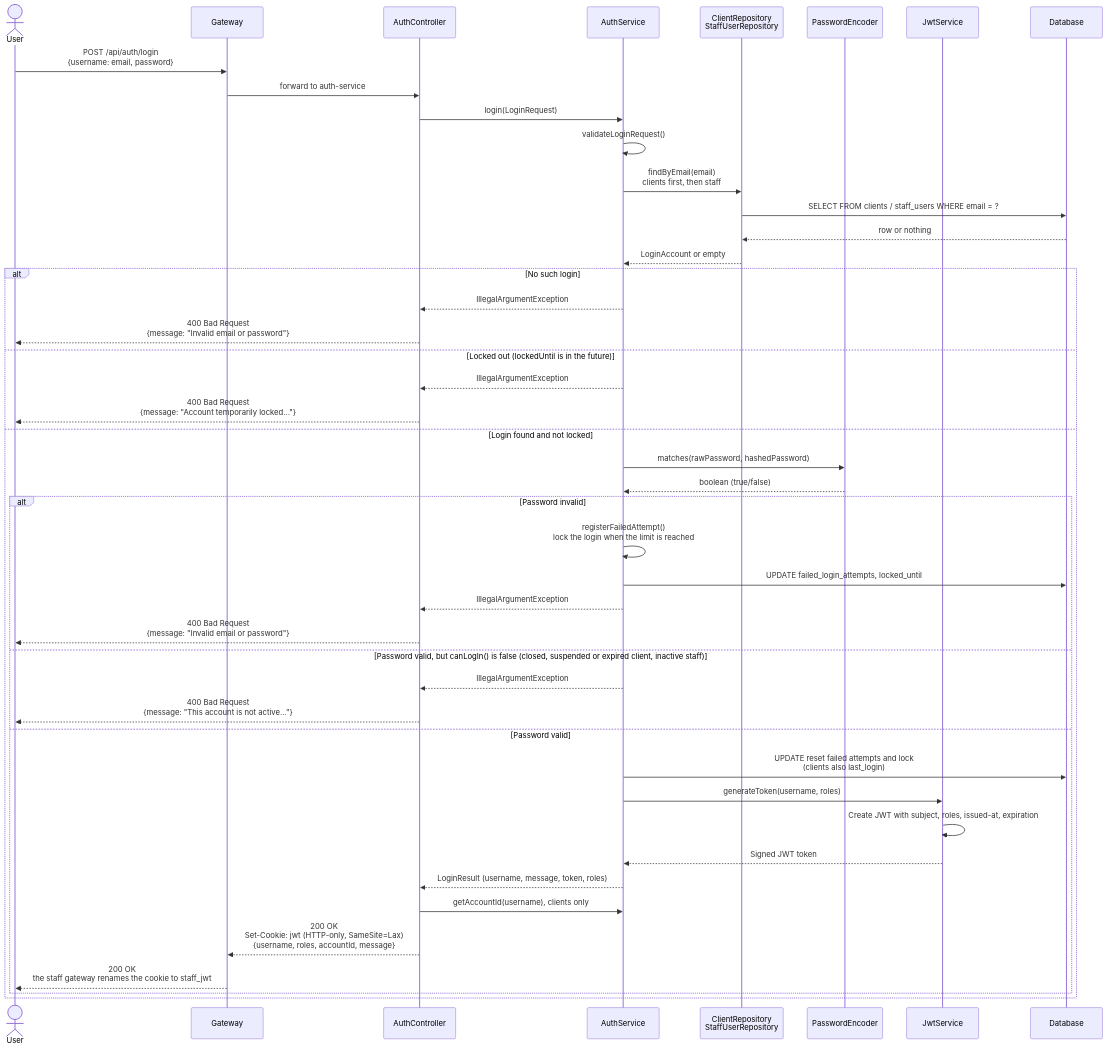
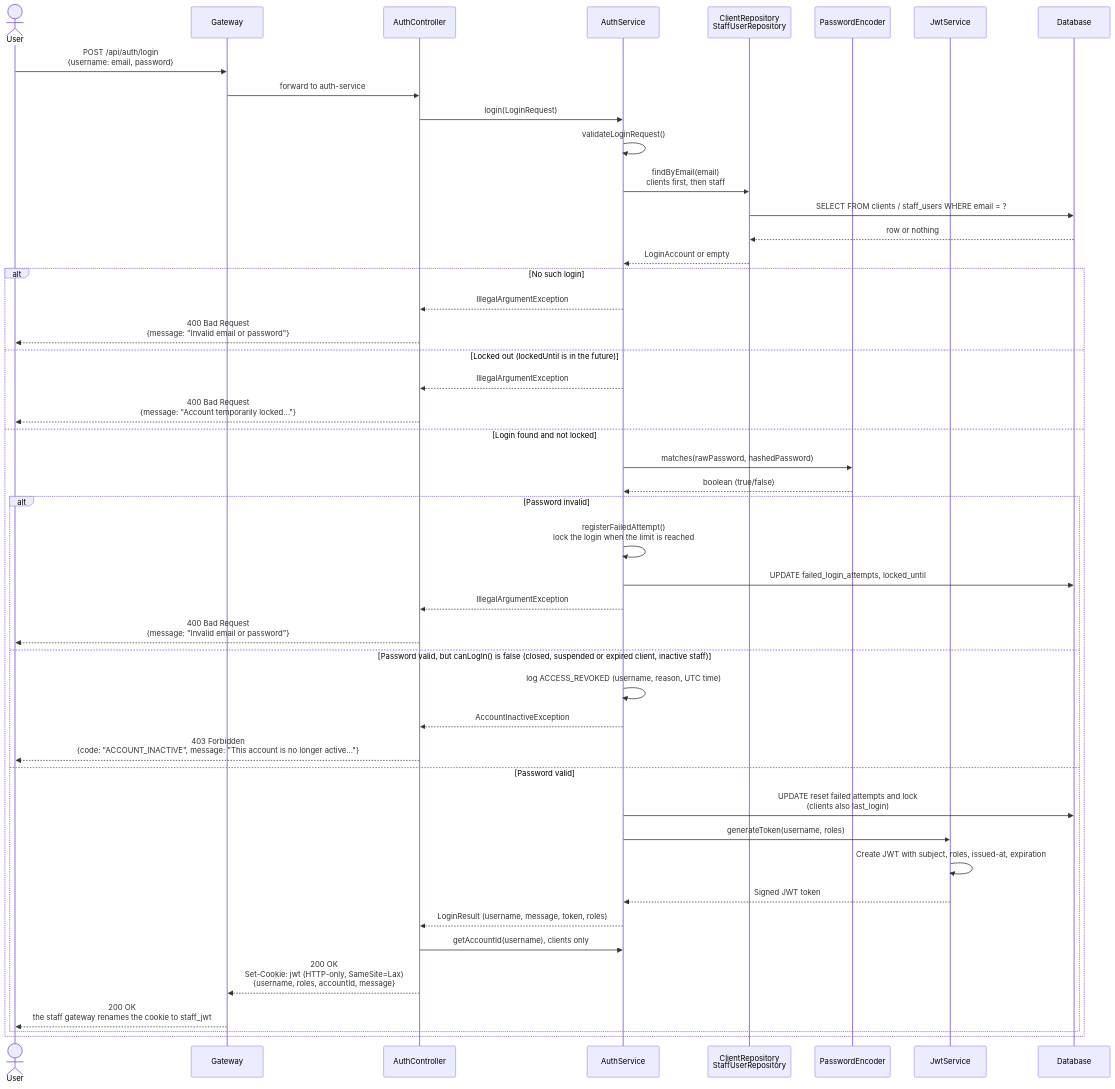
Before and after one commit to aditya0774/LeMarketJames: the third of 5 diagrams in README.md, drawn with Mermaid. The commit also changed 9 other files, not shown here.

Commit message:
LMKT-57: refuse inactive accounts at sign-in with ACCOUNT_INACTIVE

````diff
--- a/README.md
+++ b/README.md
@@ -1279,49 +1279,50 @@
 ```mermaid
 sequenceDiagram
     actor User
     participant Gateway
     participant AuthController
     participant AuthService
     participant Repositories as ClientRepository<br/>StaffUserRepository
     participant PasswordEncoder
     participant JwtService
     participant Database
 
     User->>Gateway: POST /api/auth/login<br/>{username: email, password}
     Gateway->>AuthController: forward to auth-service
     AuthController->>AuthService: login(LoginRequest)
     AuthService->>AuthService: validateLoginRequest()
     AuthService->>Repositories: findByEmail(email)<br/>clients first, then staff
     Repositories->>Database: SELECT FROM clients / staff_users WHERE email = ?
     Database-->>Repositories: row or nothing
     Repositories-->>AuthService: LoginAccount or empty
 
     alt No such login
         AuthService-->>AuthController: IllegalArgumentException
         AuthController-->>User: 400 Bad Request<br/>{message: "Invalid email or password"}
     else Locked out (lockedUntil is in the future)
         AuthService-->>AuthController: IllegalArgumentException
         AuthController-->>User: 400 Bad Request<br/>{message: "Account temporarily locked..."}
     else Login found and not locked
         AuthService->>PasswordEncoder: matches(rawPassword, hashedPassword)
         PasswordEncoder-->>AuthService: boolean (true/false)
         alt Password invalid
             AuthService->>AuthService: registerFailedAttempt()<br/>lock the login when the limit is reached
             AuthService->>Database: UPDATE failed_login_attempts, locked_until
             AuthService-->>AuthController: IllegalArgumentException
             AuthController-->>User: 400 Bad Request<br/>{message: "Invalid email or password"}
         else Password valid, but canLogIn() is false (closed, suspended or expired client, inactive staff)
-            AuthService-->>AuthController: IllegalArgumentException
-            AuthController-->>User: 400 Bad Request<br/>{message: "This account is not active..."}
+            AuthService->>AuthService: log ACCESS_REVOKED (username, reason, UTC time)
+            AuthService-->>AuthController: AccountInactiveException
+            AuthController-->>User: 403 Forbidden<br/>{code: "ACCOUNT_INACTIVE", message: "This account is no longer active..."}
         else Password valid
             AuthService->>Database: UPDATE reset failed attempts and lock<br/>(clients also last_login)
             AuthService->>JwtService: generateToken(username, roles)
             JwtService->>JwtService: Create JWT with subject, roles, issued-at, expiration
             JwtService-->>AuthService: Signed JWT token
             AuthService-->>AuthController: LoginResult (username, message, token, roles)
             AuthController->>AuthService: getAccountId(username), clients only
             AuthController-->>Gateway: 200 OK<br/>Set-Cookie: jwt (HTTP-only, SameSite=Lax)<br/>{username, roles, accountId, message}
             Gateway-->>User: 200 OK<br/>the staff gateway renames the cookie to staff_jwt
         end
     end
 ```
````
